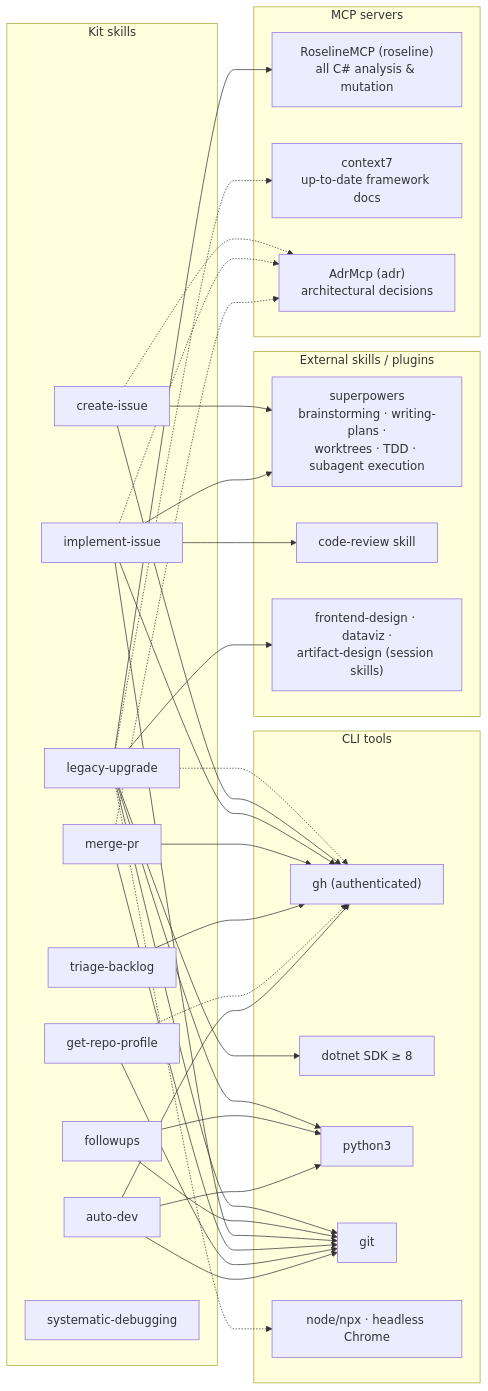
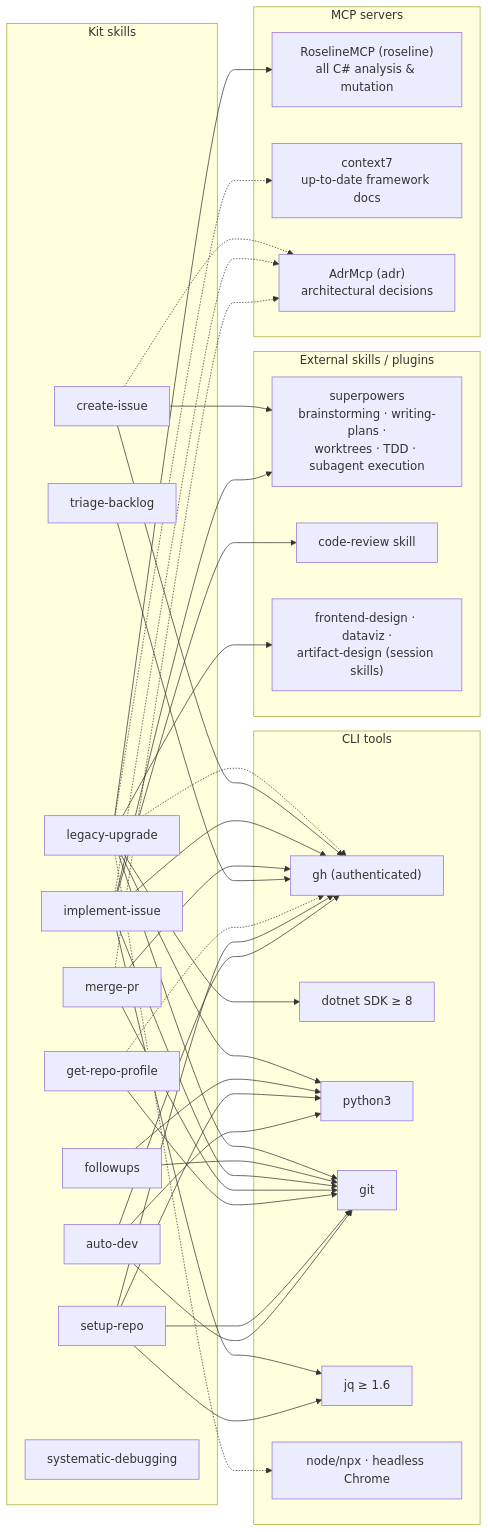
The second of 2 diagrams in ARCHITECTURE.md (phmatray/ai-migration-kit), drawn with Mermaid before and after one commit. The commit also changed other lines of this file, not shown here.

First line of the commit message:
feat(docs): document setup-repo in the architecture diagrams (#279) (#356)

````diff
--- a/ARCHITECTURE.md
+++ b/ARCHITECTURE.md
@@ -87,69 +90,77 @@
 ```mermaid
 graph LR
     subgraph skills ["Kit skills"]
         LU[legacy-upgrade]
         FU[followups]
         AD[auto-dev]
         CI[create-issue]
         II[implement-issue]
         MP[merge-pr]
         TB[triage-backlog]
         RP[get-repo-profile]
+        SR[setup-repo]
         SD[systematic-debugging]
     end
 
     subgraph mcp ["MCP servers"]
         ROS["RoselineMCP (roseline)<br>all C# analysis & mutation"]
         C7["context7<br>up-to-date framework docs"]
         ADR["AdrMcp (adr)<br>architectural decisions"]
     end
 
     subgraph ext ["External skills / plugins"]
         SP["superpowers<br>brainstorming · writing-plans ·<br>worktrees · TDD · subagent execution"]
         CR["code-review skill"]
         FD["frontend-design · dataviz ·<br>artifact-design (session skills)"]
     end
 
     subgraph tools ["CLI tools"]
         GH["gh (authenticated)"]
         DN["dotnet SDK ≥ 8"]
         PY["python3"]
         GIT["git"]
+        JQ["jq ≥ 1.6"]
         NODE["node/npx · headless Chrome"]
     end
 
     LU --> ROS
     LU --> DN
     LU --> GIT
     LU --> PY
     LU -.-> C7
     LU -.-> GH
     LU -.-> NODE
     LU --> FD
 
     FU --> PY
     FU --> GIT
 
     CI --> GH
     CI --> SP
     CI -.-> ADR
 
     II --> GH
     II --> GIT
+    II --> JQ
     II --> SP
     II --> CR
     II -.-> ADR
 
     MP --> GH
     MP --> GIT
     MP -.-> ADR
 
     TB --> GH
 
     RP --> GIT
     RP -.-> GH
 
+    SR --> GIT
+    SR --> PY
+    SR --> JQ
+    SR --> GH
+
     AD --> GH
     AD --> GIT
     AD --> PY
 ```
````
